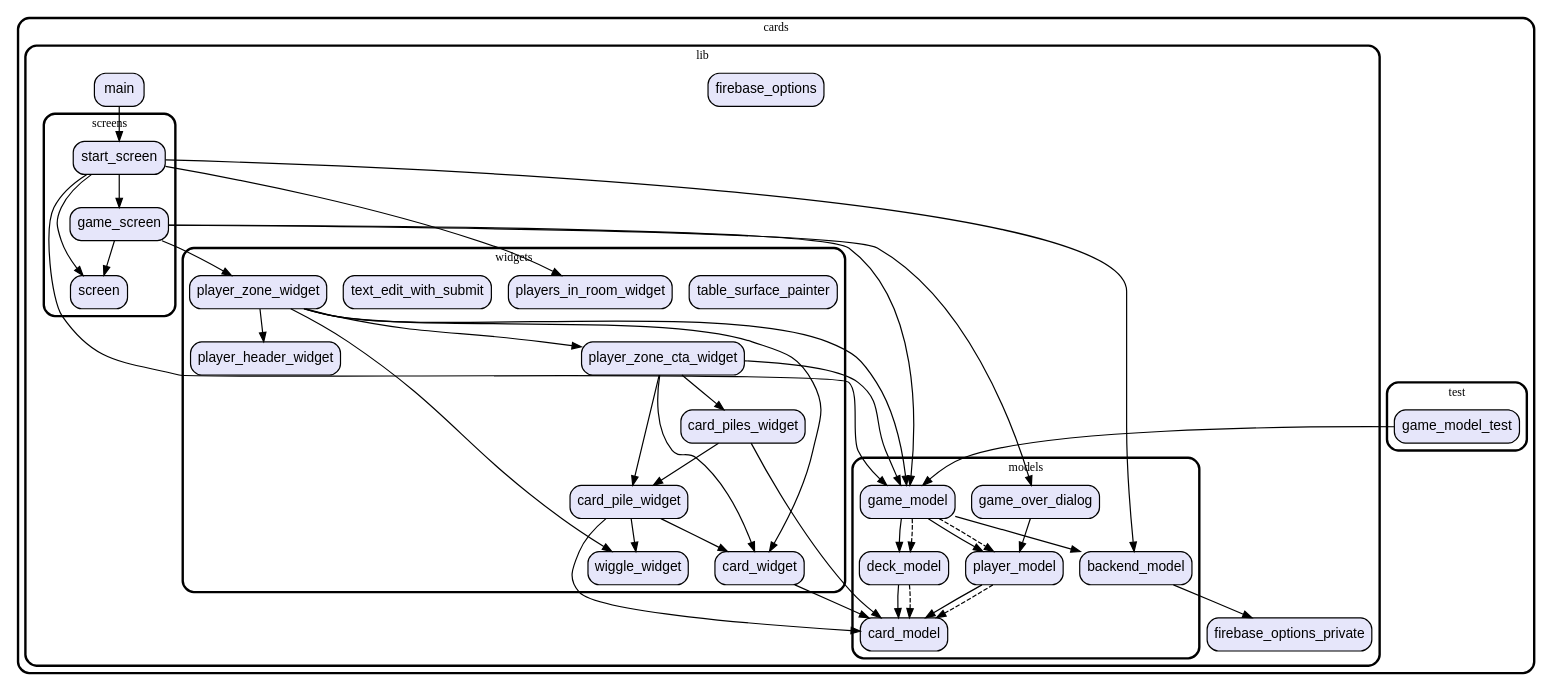
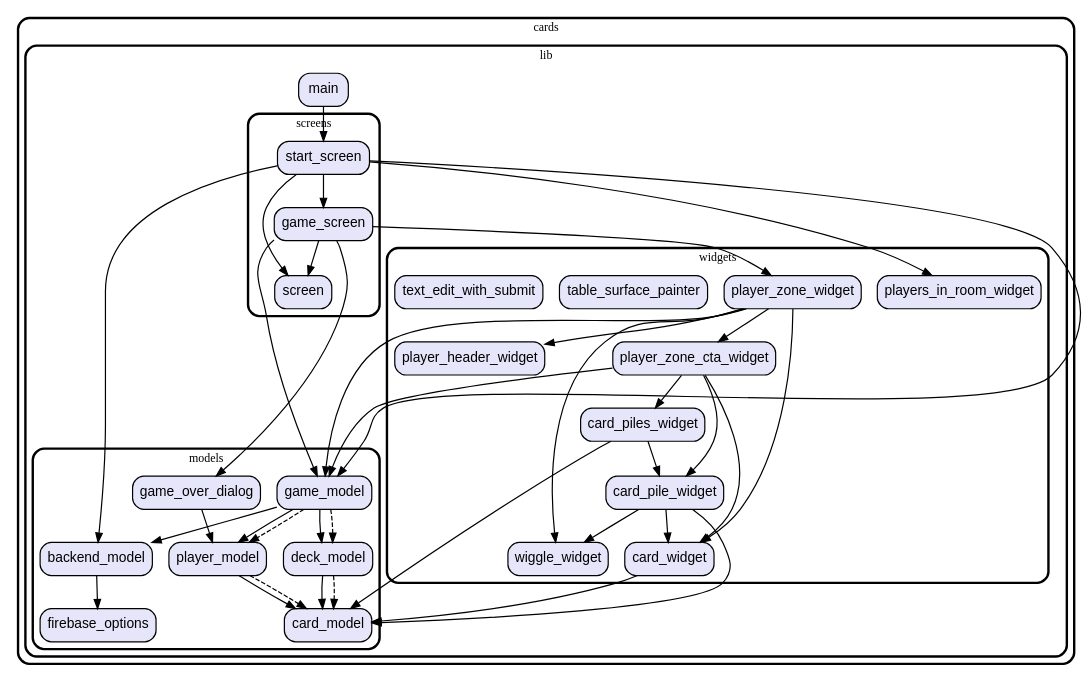
The diagram in graph.dot (vteam-com/Cards), drawn with Graphviz before and after one commit. The commit also changed 5 other files, not shown here.

Commit message:
remove reference to firebase_options_private.dart

```diff
--- a/graph.dot
+++ b/graph.dot
@@ -1,106 +1,98 @@
 digraph "" {
   graph [style=rounded fontname="Arial Black" fontsize=13 penwidth=2.6];
   node [shape=rect style="filled,rounded" fontname=Arial fontsize=15 fillcolor=Lavender penwidth=1.3];
   edge [penwidth=1.3];
-  "/test/game_model_test.dart" [label="game_model_test"];
-  "/lib/firebase_options_private.dart" [label="firebase_options_private"];
-  "/lib/firebase_options.dart" [label="firebase_options"];
+  "/lib/main.dart" [label="main"];
+  "/lib/models/backend_model.dart" [label="backend_model"];
+  "/lib/models/card_model.dart" [label="card_model"];
+  "/lib/models/deck_model.dart" [label="deck_model"];
+  "/lib/models/firebase_options.dart" [label="firebase_options"];
   "/lib/models/game_model.dart" [label="game_model"];
   "/lib/models/game_over_dialog.dart" [label="game_over_dialog"];
   "/lib/models/player_model.dart" [label="player_model"];
-  "/lib/models/card_model.dart" [label="card_model"];
-  "/lib/models/backend_model.dart" [label="backend_model"];
-  "/lib/models/deck_model.dart" [label="deck_model"];
   "/lib/screens/game_screen.dart" [label="game_screen"];
+  "/lib/screens/screen.dart" [label="screen"];
   "/lib/screens/start_screen.dart" [label="start_screen"];
-  "/lib/screens/screen.dart" [label="screen"];
-  "/lib/main.dart" [label="main"];
+  "/lib/widgets/card_piles_widget.dart" [label="card_piles_widget"];
+  "/lib/widgets/card_pile_widget.dart" [label="card_pile_widget"];
+  "/lib/widgets/card_widget.dart" [label="card_widget"];
+  "/lib/widgets/players_in_room_widget.dart" [label="players_in_room_widget"];
+  "/lib/widgets/player_header_widget.dart" [label="player_header_widget"];
   "/lib/widgets/player_zone_cta_widget.dart" [label="player_zone_cta_widget"];
-  "/lib/widgets/card_pile_widget.dart" [label="card_pile_widget"];
+  "/lib/widgets/player_zone_widget.dart" [label="player_zone_widget"];
   "/lib/widgets/table_surface_painter.dart" [label="table_surface_painter"];
-  "/lib/widgets/card_widget.dart" [label="card_widget"];
-  "/lib/widgets/player_header_widget.dart" [label="player_header_widget"];
+  "/lib/widgets/text_edit_with_submit.dart" [label="text_edit_with_submit"];
   "/lib/widgets/wiggle_widget.dart" [label="wiggle_widget"];
-  "/lib/widgets/players_in_room_widget.dart" [label="players_in_room_widget"];
-  "/lib/widgets/text_edit_with_submit.dart" [label="text_edit_with_submit"];
-  "/lib/widgets/player_zone_widget.dart" [label="player_zone_widget"];
-  "/lib/widgets/card_piles_widget.dart" [label="card_piles_widget"];
   subgraph "cluster~" {
     label="cards";
-    subgraph "cluster~/test" {
-      label="test";
-      "/test/game_model_test.dart";
-    }
     subgraph "cluster~/lib" {
       label="lib";
-      "/lib/firebase_options_private.dart";
-      "/lib/firebase_options.dart";
       "/lib/main.dart";
       subgraph "cluster~/lib/models" {
         label="models";
+        "/lib/models/backend_model.dart";
+        "/lib/models/card_model.dart";
+        "/lib/models/deck_model.dart";
+        "/lib/models/firebase_options.dart";
         "/lib/models/game_model.dart";
         "/lib/models/game_over_dialog.dart";
         "/lib/models/player_model.dart";
-        "/lib/models/card_model.dart";
-        "/lib/models/backend_model.dart";
-        "/lib/models/deck_model.dart";
       }
       subgraph "cluster~/lib/screens" {
         label="screens";
         "/lib/screens/game_screen.dart";
+        "/lib/screens/screen.dart";
         "/lib/screens/start_screen.dart";
-        "/lib/screens/screen.dart";
       }
       subgraph "cluster~/lib/widgets" {
         label="widgets";
+        "/lib/widgets/card_piles_widget.dart";
+        "/lib/widgets/card_pile_widget.dart";
+        "/lib/widgets/card_widget.dart";
+        "/lib/widgets/players_in_room_widget.dart";
+        "/lib/widgets/player_header_widget.dart";
         "/lib/widgets/player_zone_cta_widget.dart";
-        "/lib/widgets/card_pile_widget.dart";
+        "/lib/widgets/player_zone_widget.dart";
         "/lib/widgets/table_surface_painter.dart";
-        "/lib/widgets/card_widget.dart";
-        "/lib/widgets/player_header_widget.dart";
+        "/lib/widgets/text_edit_with_submit.dart";
         "/lib/widgets/wiggle_widget.dart";
-        "/lib/widgets/players_in_room_widget.dart";
-        "/lib/widgets/text_edit_with_submit.dart";
-        "/lib/widgets/player_zone_widget.dart";
-        "/lib/widgets/card_piles_widget.dart";
       }
     }
   }
-  "/test/game_model_test.dart" -> "/lib/models/game_model.dart";
+  "/lib/main.dart" -> "/lib/screens/start_screen.dart";
+  "/lib/models/backend_model.dart" -> "/lib/models/firebase_options.dart";
+  "/lib/models/deck_model.dart" -> "/lib/models/card_model.dart";
+  "/lib/models/deck_model.dart" -> "/lib/models/card_model.dart" [style=dashed];
   "/lib/models/game_model.dart" -> "/lib/models/backend_model.dart";
   "/lib/models/game_model.dart" -> "/lib/models/deck_model.dart";
   "/lib/models/game_model.dart" -> "/lib/models/player_model.dart";
   "/lib/models/game_model.dart" -> "/lib/models/deck_model.dart" [style=dashed];
   "/lib/models/game_model.dart" -> "/lib/models/player_model.dart" [style=dashed];
   "/lib/models/game_over_dialog.dart" -> "/lib/models/player_model.dart";
   "/lib/models/player_model.dart" -> "/lib/models/card_model.dart";
   "/lib/models/player_model.dart" -> "/lib/models/card_model.dart" [style=dashed];
-  "/lib/models/backend_model.dart" -> "/lib/firebase_options_private.dart";
-  "/lib/models/deck_model.dart" -> "/lib/models/card_model.dart";
-  "/lib/models/deck_model.dart" -> "/lib/models/card_model.dart" [style=dashed];
   "/lib/screens/game_screen.dart" -> "/lib/models/game_model.dart";
   "/lib/screens/game_screen.dart" -> "/lib/models/game_over_dialog.dart";
   "/lib/screens/game_screen.dart" -> "/lib/screens/screen.dart";
   "/lib/screens/game_screen.dart" -> "/lib/widgets/player_zone_widget.dart";
   "/lib/screens/start_screen.dart" -> "/lib/models/backend_model.dart";
   "/lib/screens/start_screen.dart" -> "/lib/models/game_model.dart";
   "/lib/screens/start_screen.dart" -> "/lib/screens/game_screen.dart";
   "/lib/screens/start_screen.dart" -> "/lib/screens/screen.dart";
   "/lib/screens/start_screen.dart" -> "/lib/widgets/players_in_room_widget.dart";
-  "/lib/main.dart" -> "/lib/screens/start_screen.dart";
+  "/lib/widgets/card_piles_widget.dart" -> "/lib/models/card_model.dart";
+  "/lib/widgets/card_piles_widget.dart" -> "/lib/widgets/card_pile_widget.dart";
+  "/lib/widgets/card_pile_widget.dart" -> "/lib/models/card_model.dart";
+  "/lib/widgets/card_pile_widget.dart" -> "/lib/widgets/card_widget.dart";
+  "/lib/widgets/card_pile_widget.dart" -> "/lib/widgets/wiggle_widget.dart";
+  "/lib/widgets/card_widget.dart" -> "/lib/models/card_model.dart";
   "/lib/widgets/player_zone_cta_widget.dart" -> "/lib/models/game_model.dart";
   "/lib/widgets/player_zone_cta_widget.dart" -> "/lib/widgets/card_pile_widget.dart";
   "/lib/widgets/player_zone_cta_widget.dart" -> "/lib/widgets/card_piles_widget.dart";
   "/lib/widgets/player_zone_cta_widget.dart" -> "/lib/widgets/card_widget.dart";
-  "/lib/widgets/card_pile_widget.dart" -> "/lib/models/card_model.dart";
-  "/lib/widgets/card_pile_widget.dart" -> "/lib/widgets/card_widget.dart";
-  "/lib/widgets/card_pile_widget.dart" -> "/lib/widgets/wiggle_widget.dart";
-  "/lib/widgets/card_widget.dart" -> "/lib/models/card_model.dart";
   "/lib/widgets/player_zone_widget.dart" -> "/lib/models/game_model.dart";
   "/lib/widgets/player_zone_widget.dart" -> "/lib/widgets/card_widget.dart";
   "/lib/widgets/player_zone_widget.dart" -> "/lib/widgets/player_header_widget.dart";
   "/lib/widgets/player_zone_widget.dart" -> "/lib/widgets/player_zone_cta_widget.dart";
   "/lib/widgets/player_zone_widget.dart" -> "/lib/widgets/wiggle_widget.dart";
-  "/lib/widgets/card_piles_widget.dart" -> "/lib/models/card_model.dart";
-  "/lib/widgets/card_piles_widget.dart" -> "/lib/widgets/card_pile_widget.dart";
 }
```
